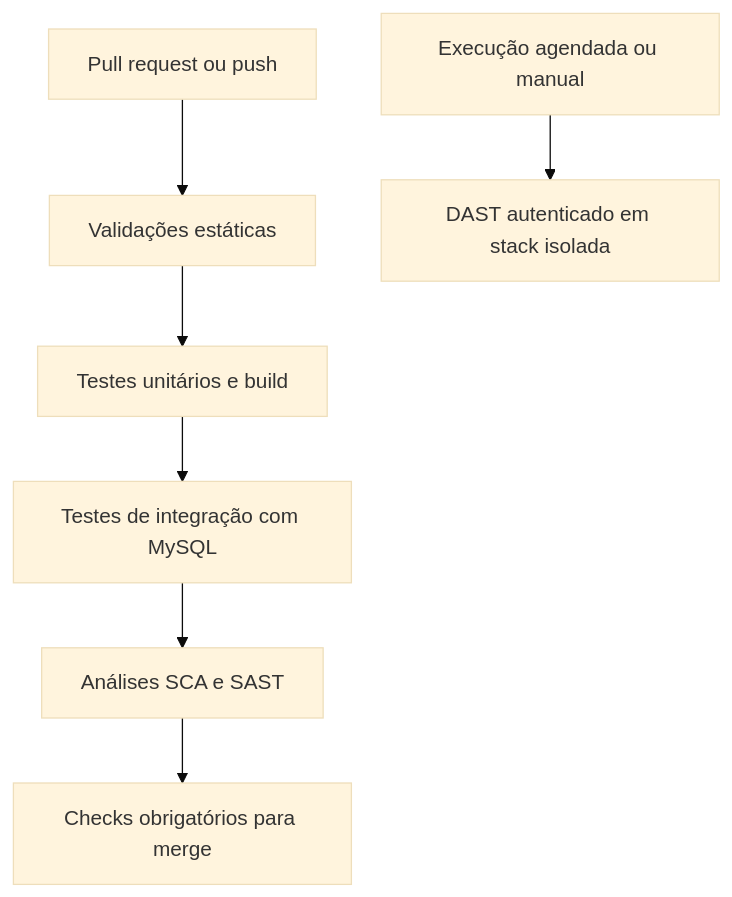
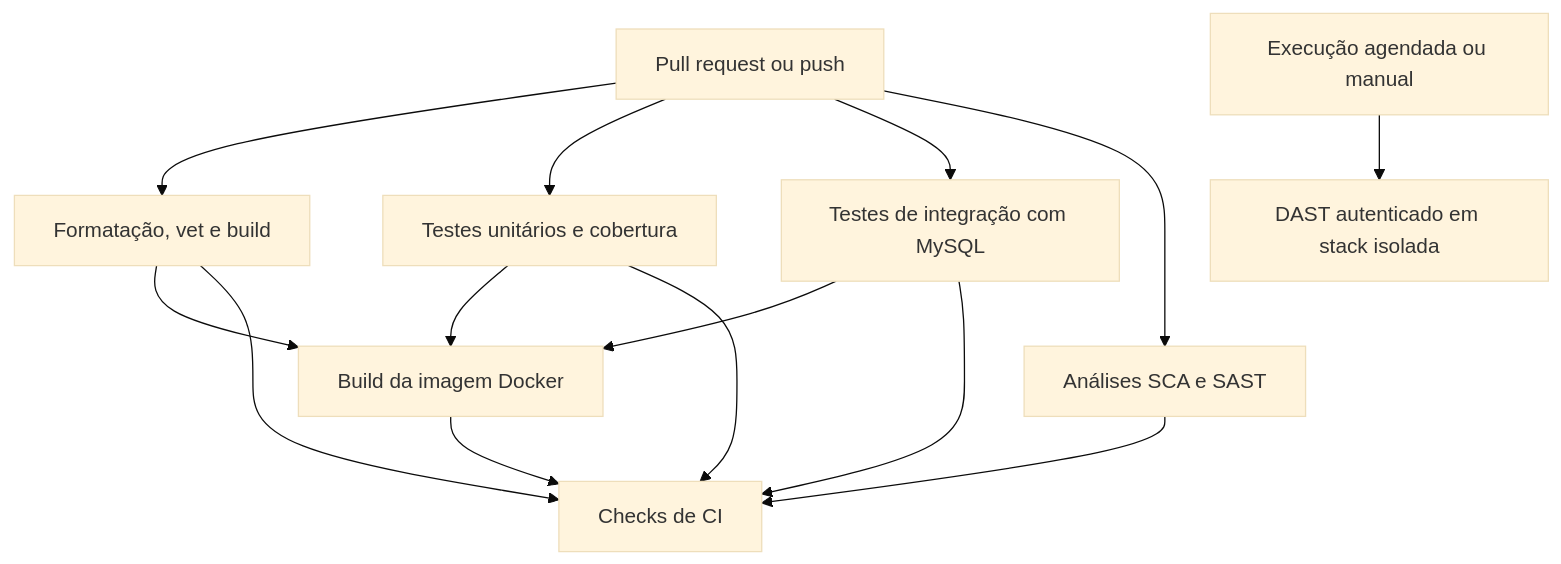
The diagram in docs/CI_CD.md (muriloperosa/soat-architecture), drawn with Mermaid (base theme) before and after one commit. The commit also changed other lines of this file and 1 other file, not shown here.

Commit message:
ci: otimiza pipeline e endurece validações do workflow

````diff
--- a/docs/CI_CD.md
+++ b/docs/CI_CD.md
@@ -17,9 +17,16 @@
 ```mermaid
 flowchart TD
-    PR[Pull request ou push] --> STATIC[Validações estáticas]
-    STATIC --> UNIT[Testes unitários e build]
-    UNIT --> INTEGRATION[Testes de integração com MySQL]
-    INTEGRATION --> SECURITY[Análises SCA e SAST]
-    SECURITY --> GATE[Checks obrigatórios para merge]
+    PR[Pull request ou push] --> STATIC[Formatação, vet e build]
+    PR --> UNIT[Testes unitários e cobertura]
+    PR --> INTEGRATION[Testes de integração com MySQL]
+    PR --> SECURITY[Análises SCA e SAST]
+    STATIC --> IMAGE[Build da imagem Docker]
+    UNIT --> IMAGE
+    INTEGRATION --> IMAGE
+    STATIC --> GATE[Checks de CI]
+    UNIT --> GATE
+    INTEGRATION --> GATE
+    IMAGE --> GATE
+    SECURITY --> GATE
     MAIN[Execução agendada ou manual] --> DAST[DAST autenticado em stack isolada]
 ```
````
